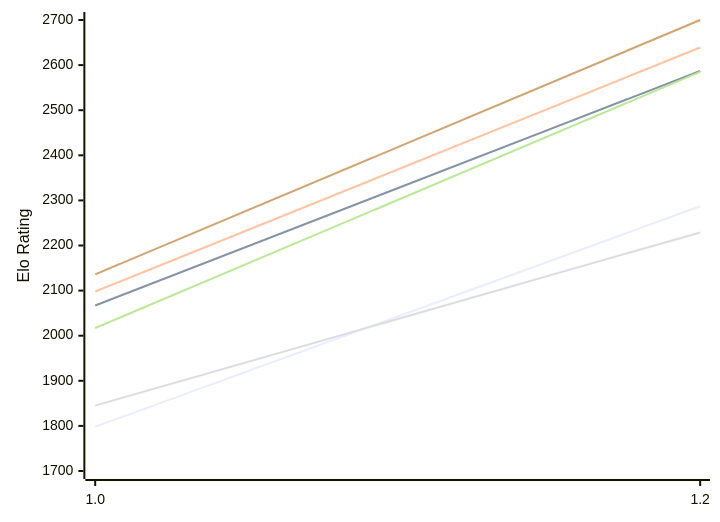
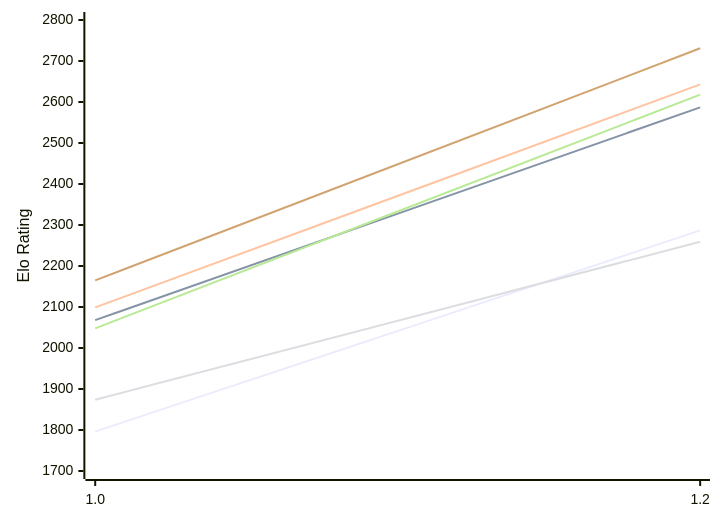
Before and after one commit to computer-chess-index/cci: the first of 2 diagrams in engines/Echekinator.md, drawn with Mermaid. The commit also changed other lines of this file, not shown here.

Commit message:
Update CCI Ratings (ELO VLTC) - 2026-11-05

````diff
--- a/engines/Echekinator.md
+++ b/engines/Echekinator.md
@@ -50,12 +50,12 @@
 ```mermaid
 %%{init: {"theme":"base","themeVariables":{"seriesColors:['#a3a3a3','#222221','#faa371']}}}%%
 xychart-beta
   x-axis ["1.0", "1.2"]
-  y-axis "Elo Rating" 1700 --> 2700
-  line "E1: STC (8.0+0.08s)" [1798, 2287]
-  line "E1: LTC (60.0+0.60s)" [2067, 2587]
-  line "E1: VLTC (2m24s+1.12s)" [2098, 2639]
-  line "P1: STC (8.0+0.08s)" [1845, 2229]
-  line "P1: LTC (60.0+0.60s)" [2017, 2585]
-  line "P1: VLTC (2m24s+1.12s)" [2136, 2700]
+  y-axis "Elo Rating" 1700 --> 2800
+  line "E1: STC (8.0+0.08s)" [1796, 2287]
+  line "E1: LTC (60.0+0.60s)" [2068, 2587]
+  line "E1: VLTC (2m24s+1.12s)" [2099, 2643]
+  line "P1: STC (8.0+0.08s)" [1874, 2259]
+  line "P1: LTC (60.0+0.60s)" [2048, 2618]
+  line "P1: VLTC (2m24s+1.12s)" [2165, 2731]
 ```
````
